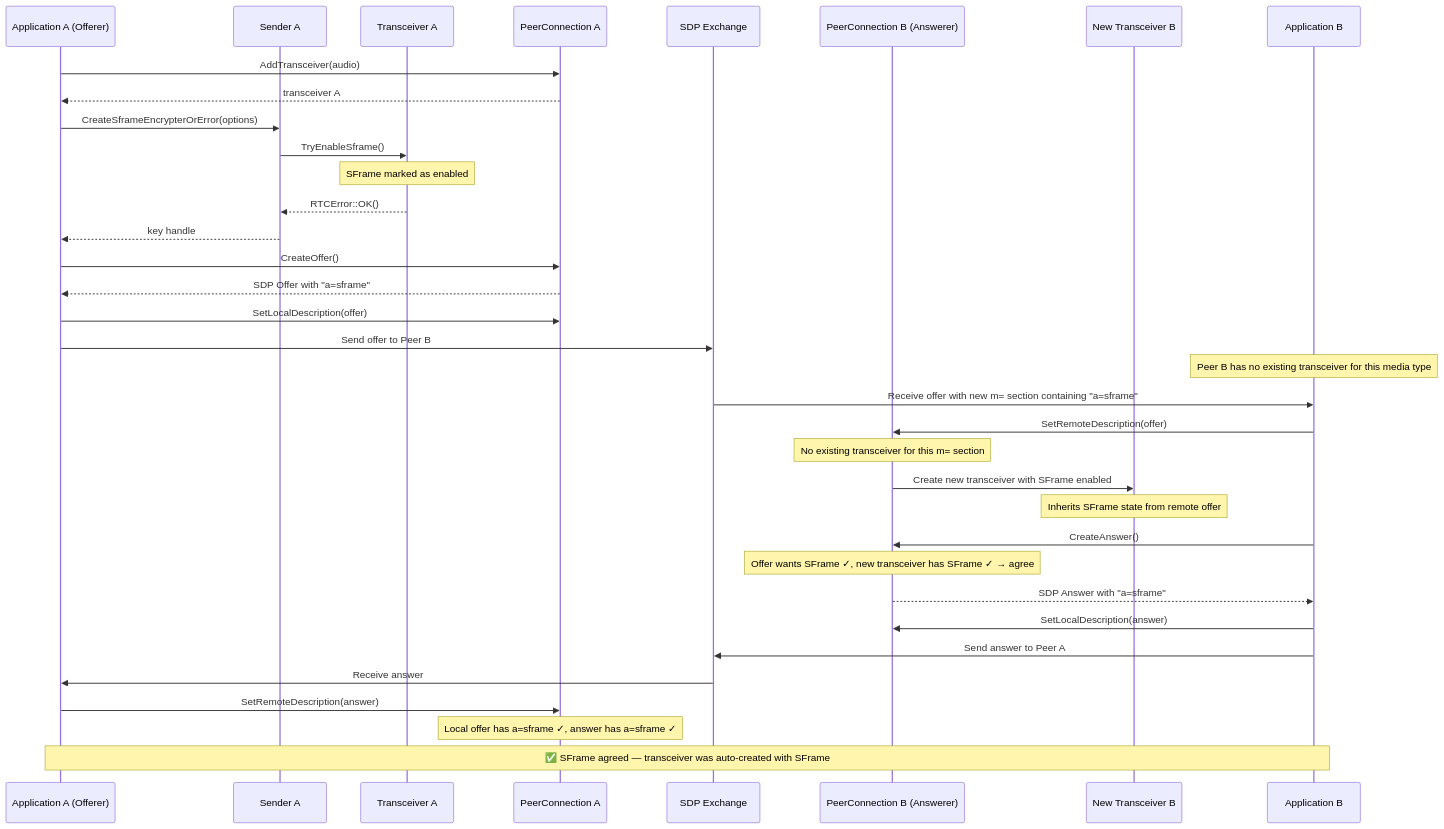
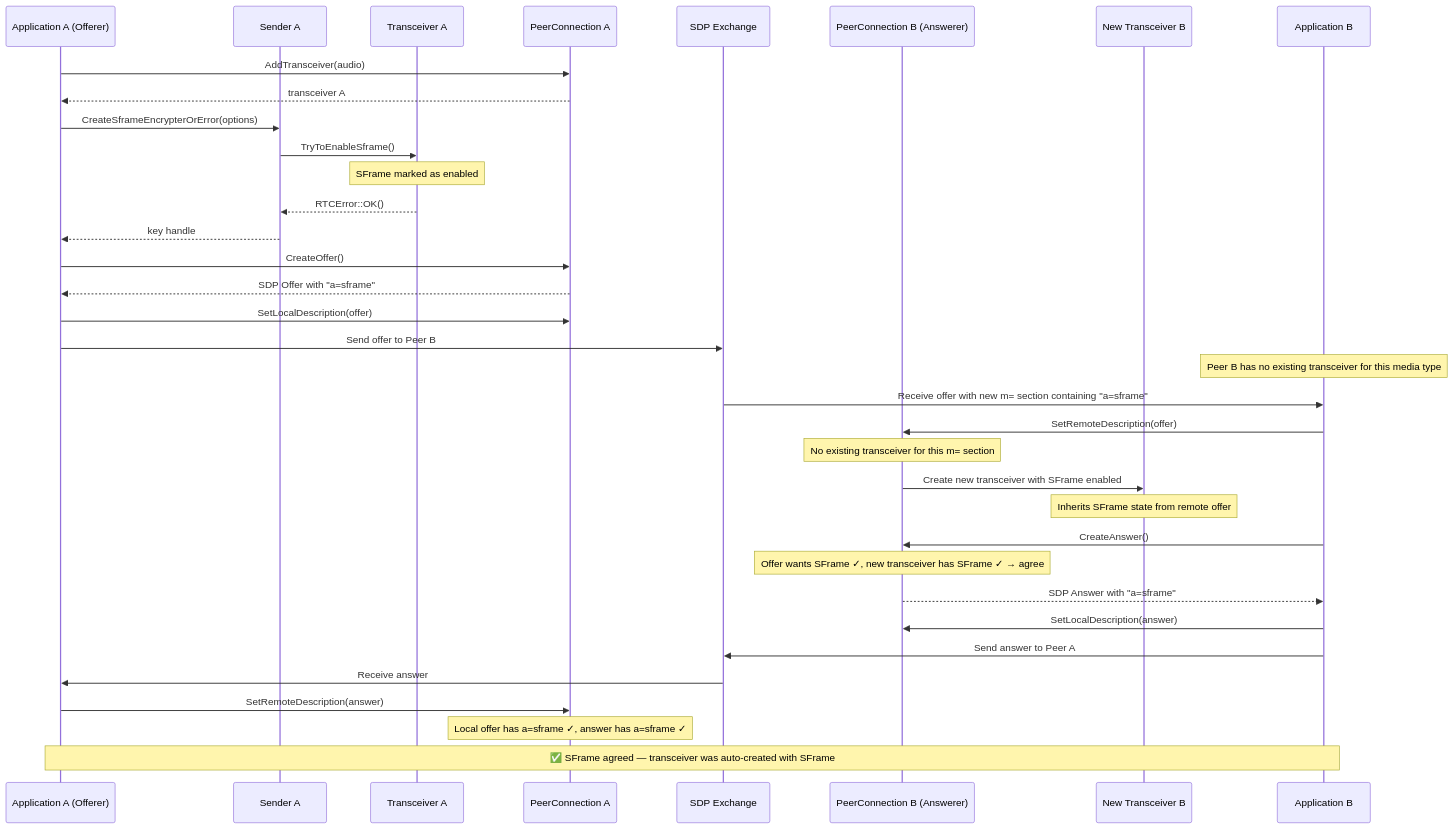
Before and after one commit to webex/webrtc-sframe: the fourth of 6 diagrams in negotiation.md, drawn with Mermaid. The commit also changed other lines of this file and 1 other file, not shown here.

Commit message:
updated diagrams

````diff
--- a/negotiation.md
+++ b/negotiation.md
@@ -259,46 +259,46 @@
 ```mermaid
 sequenceDiagram
     participant AppA as Application A (Offerer)
     participant SA as Sender A
     participant TA as Transceiver A
     participant PCA as PeerConnection A
     participant SDP as SDP Exchange
     participant PCB as PeerConnection B (Answerer)
     participant TB as New Transceiver B
     participant AppB as Application B
 
     AppA->>PCA: AddTransceiver(audio)
     PCA-->>AppA: transceiver A
 
     AppA->>SA: CreateSframeEncrypterOrError(options)
-    SA->>TA: TryEnableSframe()
+    SA->>TA: TryToEnableSframe()
     Note over TA: SFrame marked as enabled
     TA-->>SA: RTCError::OK()
     SA-->>AppA: key handle
 
     AppA->>PCA: CreateOffer()
     PCA-->>AppA: SDP Offer with "a=sframe"
     AppA->>PCA: SetLocalDescription(offer)
     AppA->>SDP: Send offer to Peer B
 
     Note over AppB: Peer B has no existing transceiver for this media type
 
     SDP->>AppB: Receive offer with new m= section containing "a=sframe"
     AppB->>PCB: SetRemoteDescription(offer)
     Note over PCB: No existing transceiver for this m= section
     PCB->>TB: Create new transceiver with SFrame enabled
     Note over TB: Inherits SFrame state from remote offer
 
     AppB->>PCB: CreateAnswer()
     Note over PCB: Offer wants SFrame ✓, new transceiver has SFrame ✓ → agree
     PCB-->>AppB: SDP Answer with "a=sframe"
 
     AppB->>PCB: SetLocalDescription(answer)
     AppB->>SDP: Send answer to Peer A
 
     SDP->>AppA: Receive answer
     AppA->>PCA: SetRemoteDescription(answer)
     Note over PCA: Local offer has a=sframe ✓, answer has a=sframe ✓
 
     Note over AppA,AppB: ✅ SFrame agreed — transceiver was auto-created with SFrame
 ```
````
